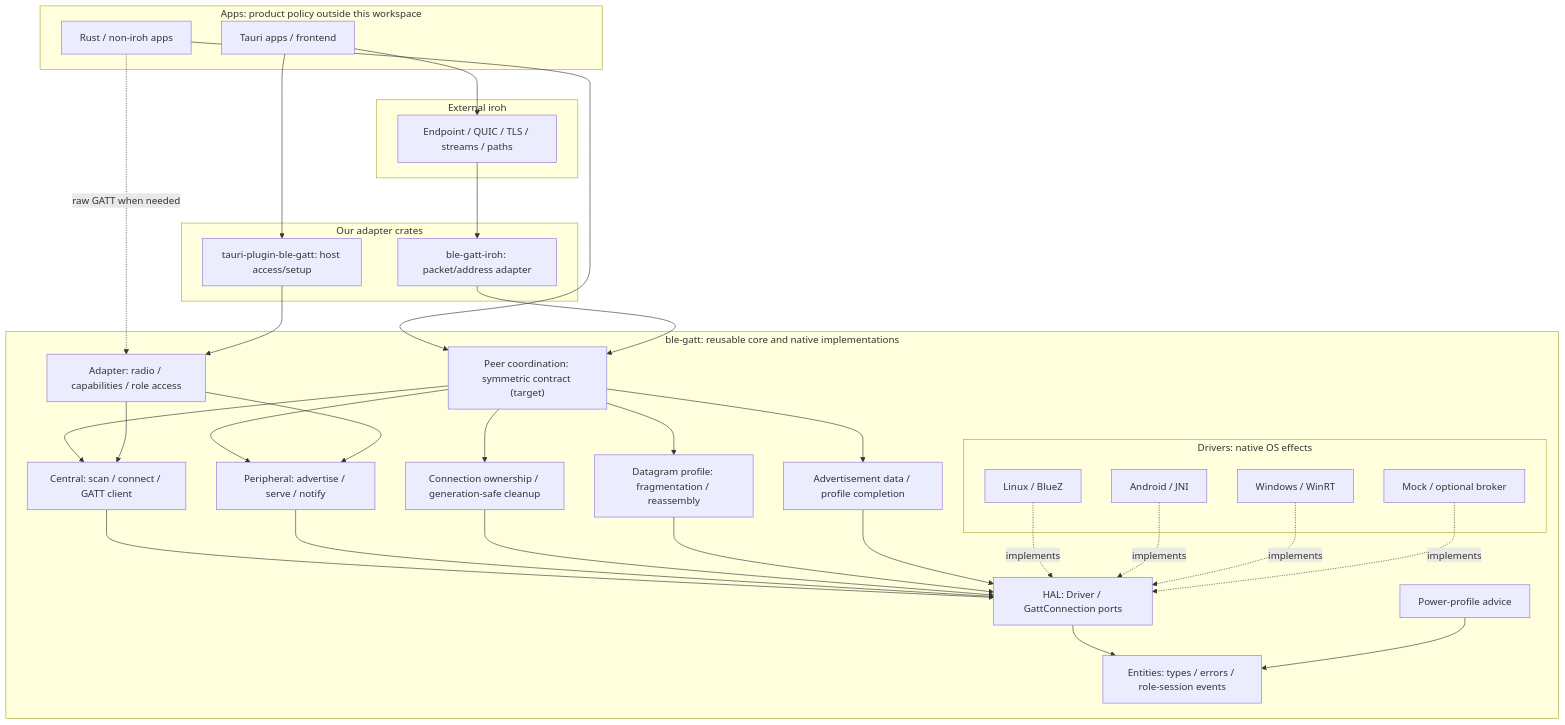
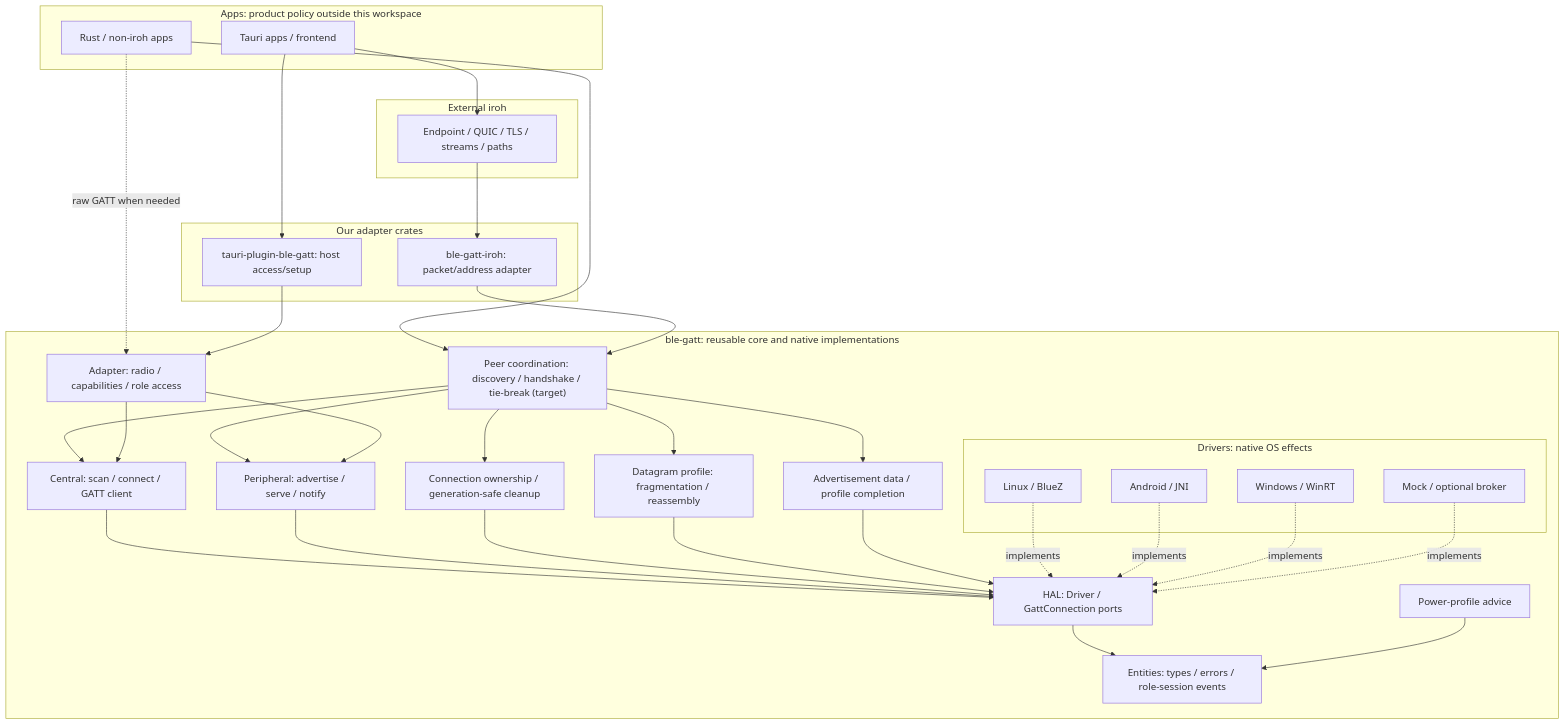
Before and after one commit to VRuzhentsov/ble-gatt: the diagram in docs/architecture.md, drawn with Mermaid. The commit also changed other lines of this file and 16 other files, not shown here.

````diff
--- a/docs/architecture.md
+++ b/docs/architecture.md
@@ -37,57 +30,57 @@
 ```mermaid
 flowchart TB
     subgraph apps["Apps: product policy outside this workspace"]
         direct["Rust / non-iroh apps"]
         tauriApp["Tauri apps / frontend"]
     end
     subgraph external["External iroh"]
         endpoint["Endpoint / QUIC / TLS / streams / paths"]
     end
     subgraph integrations["Our adapter crates"]
         irohAdapter["ble-gatt-iroh: packet/address adapter"]
         tauriAdapter["tauri-plugin-ble-gatt: host access/setup"]
     end
     subgraph core["ble-gatt: reusable core and native implementations"]
-        peer["Peer coordination: symmetric contract (target)"]
+        peer["Peer coordination: discovery / handshake / tie-break (target)"]
         adapter["Adapter: radio / capabilities / role access"]
         central["Central: scan / connect / GATT client"]
         peripheral["Peripheral: advertise / serve / notify"]
         owned["Connection ownership / generation-safe cleanup"]
         messages["Datagram profile: fragmentation / reassembly"]
         discovery["Advertisement data / profile completion"]
         power["Power-profile advice"]
         hal["HAL: Driver / GattConnection ports"]
         entities["Entities: types / errors / role-session events"]
         subgraph drivers["Drivers: native OS effects"]
             linux["Linux / BlueZ"]
             android["Android / JNI"]
             windows["Windows / WinRT"]
             mock["Mock / optional broker"]
         end
     end
     direct --> peer
     direct -. "raw GATT when needed" .-> adapter
     tauriApp --> tauriAdapter
     tauriApp --> endpoint
     endpoint --> irohAdapter
     irohAdapter --> peer
     tauriAdapter --> adapter
     peer --> central
     peer --> peripheral
     peer --> owned
     peer --> messages
     peer --> discovery
     adapter --> central
     adapter --> peripheral
     central --> hal
     peripheral --> hal
     owned --> hal
     messages --> hal
     discovery --> hal
     hal --> entities
     power --> entities
     linux -. "implements" .-> hal
     android -. "implements" .-> hal
     windows -. "implements" .-> hal
     mock -. "implements" .-> hal
 ```
````
